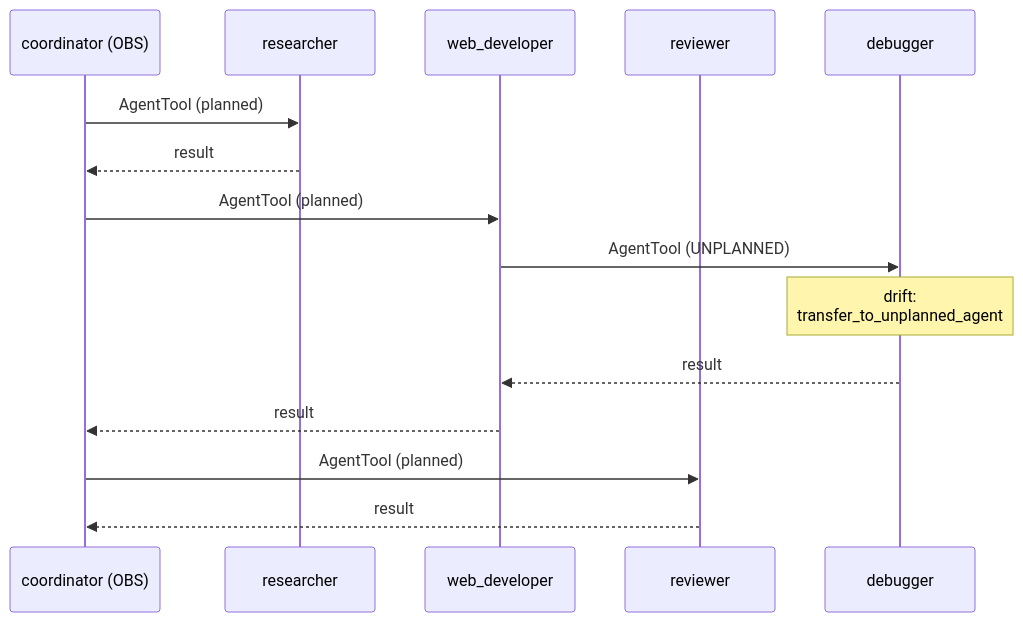
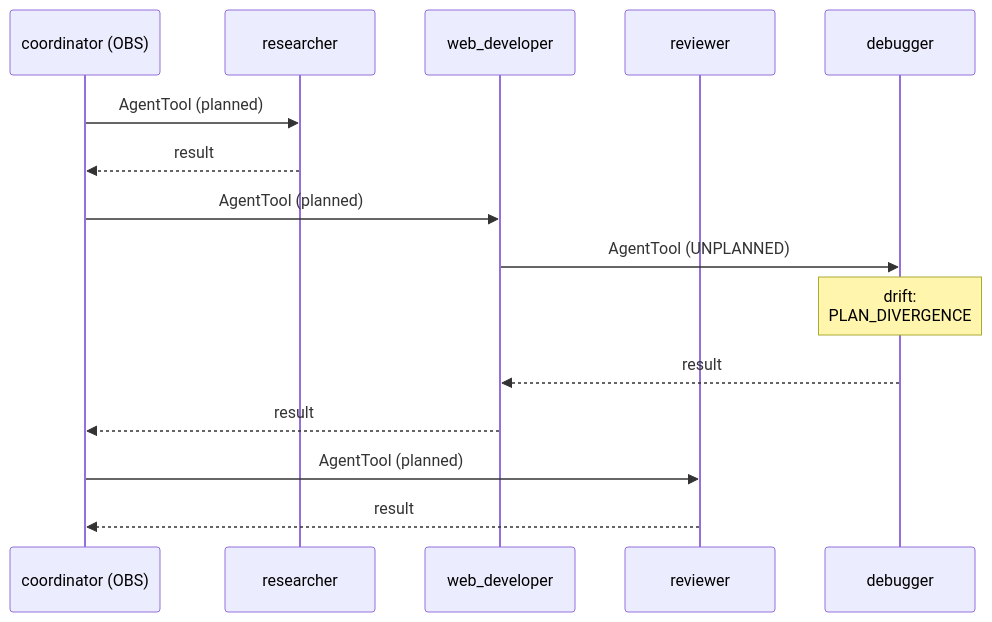
One commit to pedapudi/harmonograf changed the diagram in docs/user-guide/examples/delegated-handoff.md. Above: the diagram before and after it, drawn with Mermaid. The commit also changed other lines of this file and 55 other files, not shown here.

````diff
--- a/docs/user-guide/examples/delegated-handoff.md
+++ b/docs/user-guide/examples/delegated-handoff.md
@@ -14,17 +18,17 @@
 ```mermaid
 sequenceDiagram
     participant Coord as coordinator (OBS)
     participant Res as researcher
     participant Web as web_developer
     participant Rev as reviewer
     participant Dbg as debugger
     Coord->>Res: AgentTool (planned)
     Res-->>Coord: result
     Coord->>Web: AgentTool (planned)
     Web->>Dbg: AgentTool (UNPLANNED)
-    Note over Dbg: drift:<br/>transfer_to_unplanned_agent
+    Note over Dbg: drift:<br/>PLAN_DIVERGENCE
     Dbg-->>Web: result
     Web-->>Coord: result
     Coord->>Rev: AgentTool (planned)
     Rev-->>Coord: result
 ```
````
